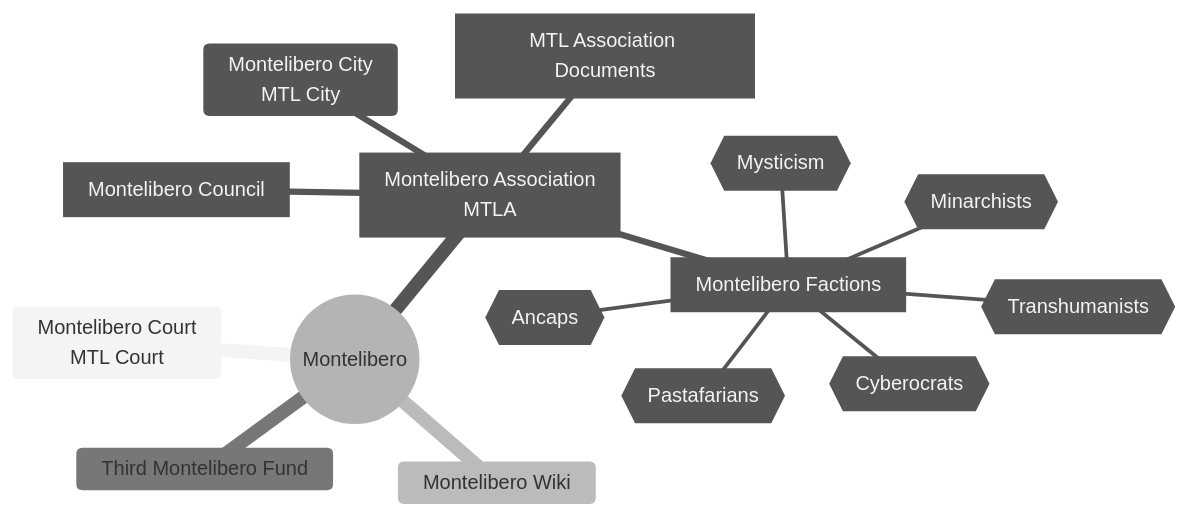
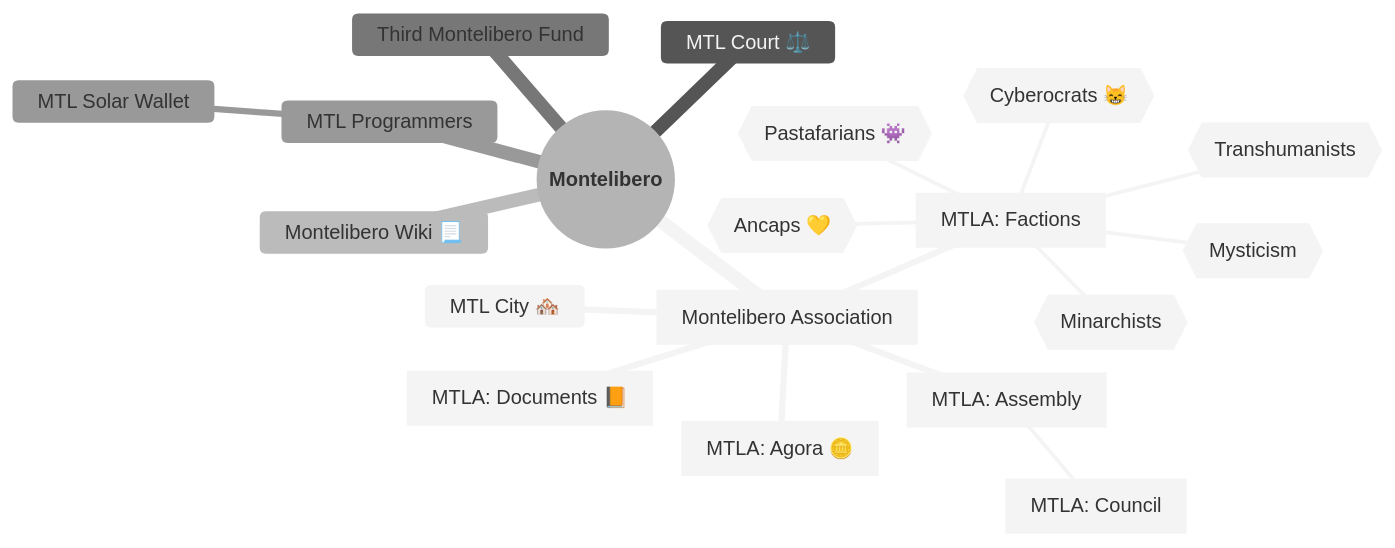
The diagram in Montelibero.md (sondreb/playground), drawn with Mermaid (neutral theme) before and after one commit. The commit also changed other lines of this file, not shown here.

````diff
--- a/Montelibero.md
+++ b/Montelibero.md
@@ -5,18 +10,22 @@
 ```mermaid
 mindmap
-  root((Montelibero))
-    Montelibero Court<br>MTL Court
-    id[Montelibero Association<br>MTLA]
-      Montelibero City<br>MTL City
-      id[Montelibero Council]
-      id[MTL Association Documents]
-      id[Montelibero Factions]
-        id{{Ancaps}}
-        id{{Minarchists}}
-        id{{Cyberocrats}}
-        id{{Pastafarians}}
-        id{{Mysticism}}
-        id{{Transhumanists}}
-    Montelibero Wiki
+  root(("`**Montelibero**`"))
+    id[Montelibero Association]
+        MTL City 🏘️
+        id[MTLA: Assembly]
+            id[MTLA: Council]
+        id[MTLA: Agora 🪙]
+        id[MTLA: Documents 📙]
+        id[MTLA: Factions]
+            id{{Ancaps 💛}}
+            id{{Minarchists}}
+            id{{Cyberocrats 😸}}
+            id{{Pastafarians 👾}}
+            id{{Mysticism}}
+            id{{Transhumanists}}
+    MTL Court ⚖️
+    Montelibero Wiki 📃
     Third Montelibero Fund
+    MTL Programmers
+        MTL Solar Wallet
 ```
````
